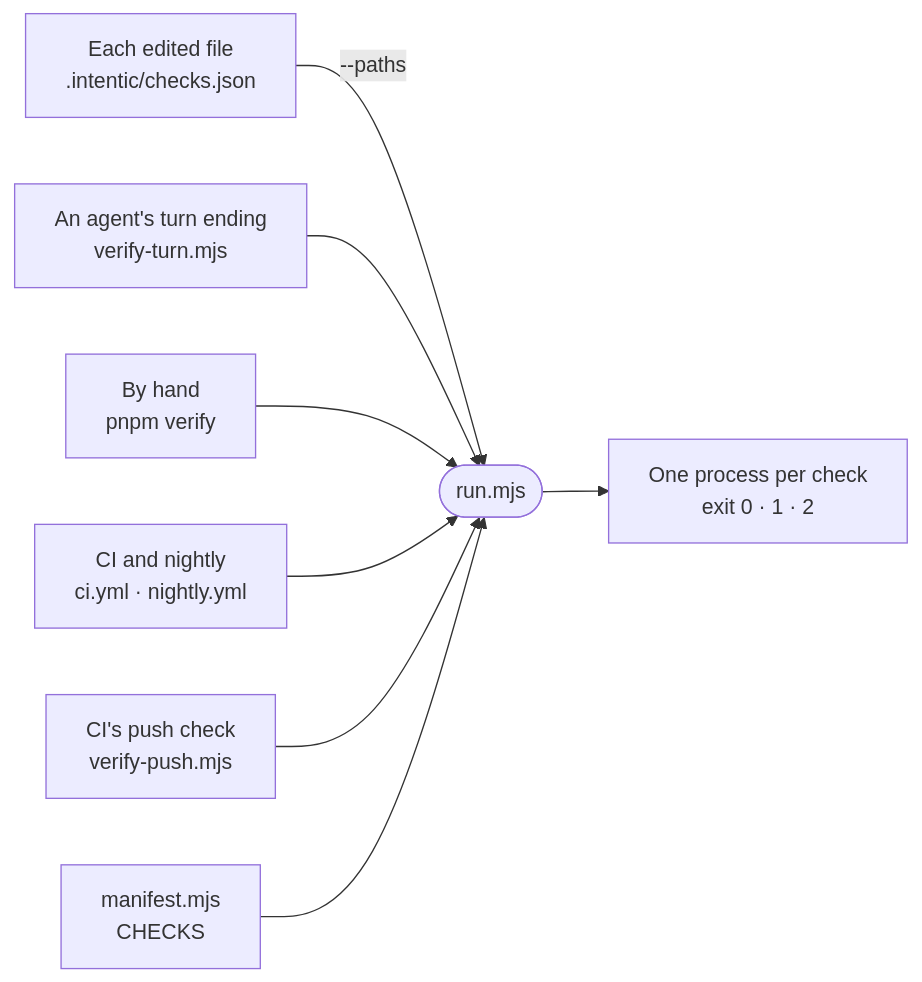
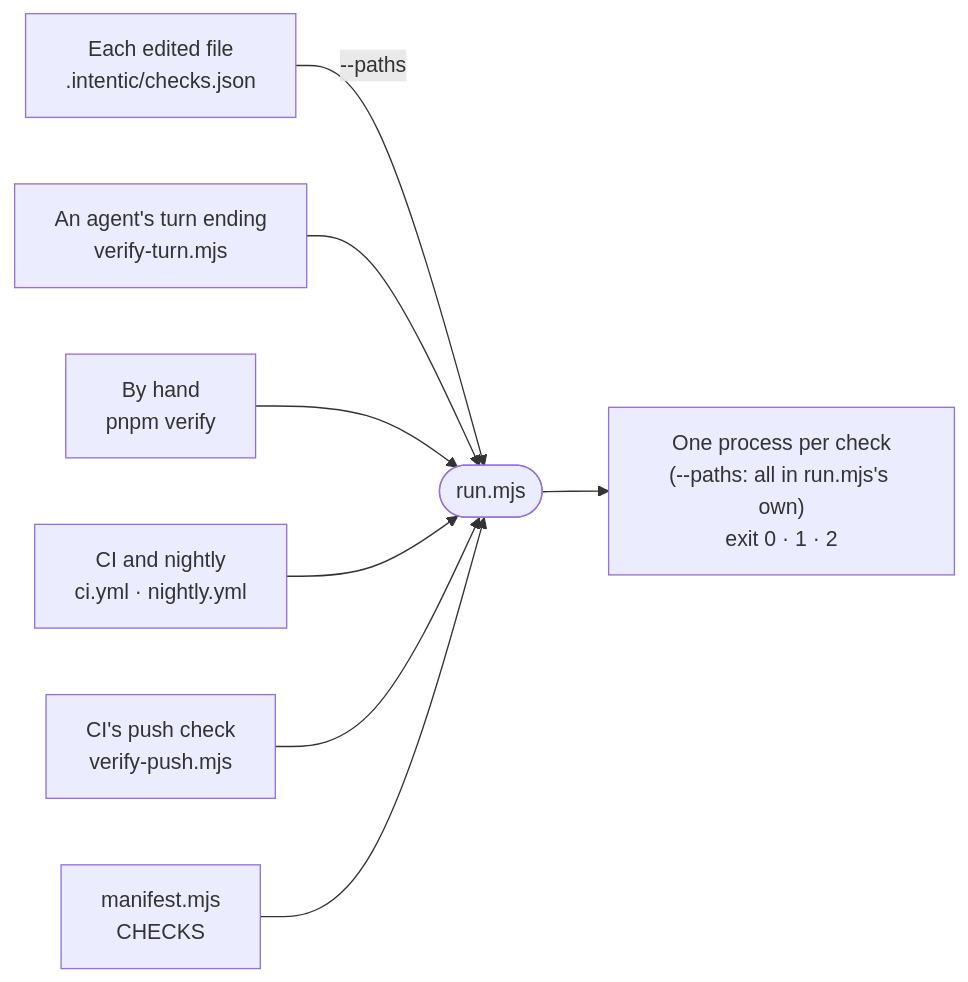
The diagram in _tools/checks/README.md (intentic/intentic), drawn with Mermaid before and after one commit. The commit also changed other lines of this file and 102 other files, not shown here.

````diff
--- a/_tools/checks/README.md
+++ b/_tools/checks/README.md
@@ -5,10 +5,10 @@
 ```mermaid
 flowchart LR
     edit["Each edited file<br/>.intentic/checks.json"] -->|"--paths"| run(["run.mjs"])
     turn["An agent's turn ending<br/>verify-turn.mjs"] --> run
     verify["By hand<br/>pnpm verify"] --> run
     ci["CI and nightly<br/>ci.yml · nightly.yml"] --> run
     push["CI's push check<br/>verify-push.mjs"] --> run
     manifest["manifest.mjs<br/>CHECKS"] --> run
-    run --> procs["One process per check<br/>exit 0 · 1 · 2"]
+    run --> procs["One process per check<br/>(--paths: all in run.mjs's own)<br/>exit 0 · 1 · 2"]
 ```
````
